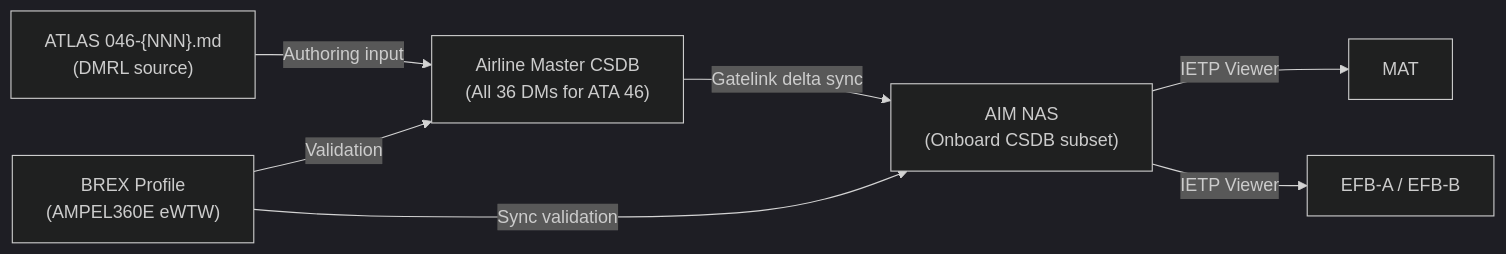
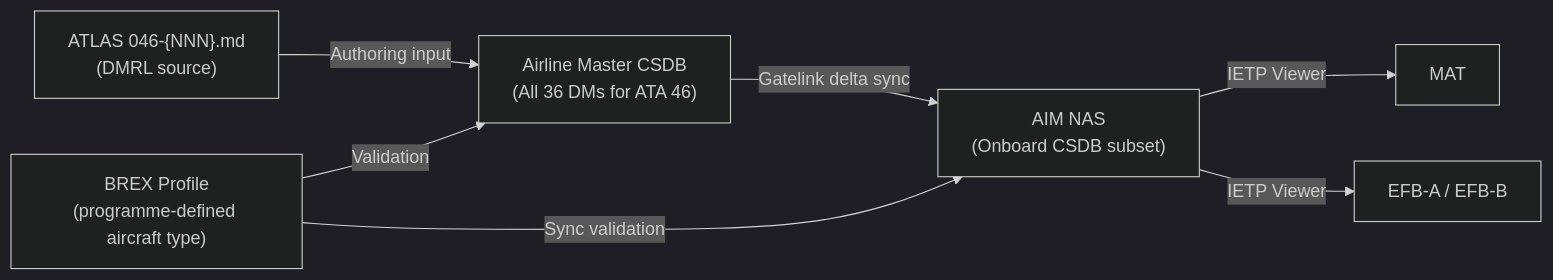
Before and after one commit to AmedeoPelliccia/Qplus-For-All-Queer-People-and-Quantum: the second of 3 diagrams in Q+ATLANTIDE/000-099_ATLAS/040-049_Avionica-Informacion-y-APU/046_Information-Systems/046-090-S1000D-CSDB-Mapping-and-Traceability.md, drawn with Mermaid (dark theme). The commit also changed other lines of this file and 676 other files, not shown here.

First line of the commit message:
feat: de-programmatize all ATLAS standard files — remove AMPEL360E/eWTW programme content

````diff
--- a/Q+ATLANTIDE/000-099_ATLAS/040-049_Avionica-Informacion-y-APU/046_Information-Systems/046-090-S1000D-CSDB-Mapping-and-Traceability.md
+++ b/Q+ATLANTIDE/000-099_ATLAS/040-049_Avionica-Informacion-y-APU/046_Information-Systems/046-090-S1000D-CSDB-Mapping-and-Traceability.md
@@ -134,9 +136,9 @@
 ```mermaid
 graph LR
     AIRLINE_CSDB["Airline Master CSDB\n(All 36 DMs for ATA 46)"] -->|Gatelink delta sync| AIM_NAS["AIM NAS\n(Onboard CSDB subset)"]
     AIM_NAS -->|IETP Viewer| MAT["MAT"]
     AIM_NAS -->|IETP Viewer| EFB["EFB-A / EFB-B"]
     ATLAS["ATLAS 046-{NNN}.md\n(DMRL source)"] -->|Authoring input| AIRLINE_CSDB
-    BREX["BREX Profile\n(AMPEL360E eWTW)"] -->|Validation| AIRLINE_CSDB
+    BREX["BREX Profile\n(programme-defined aircraft type)"] -->|Validation| AIRLINE_CSDB
     BREX -->|Sync validation| AIM_NAS
 ```
````
